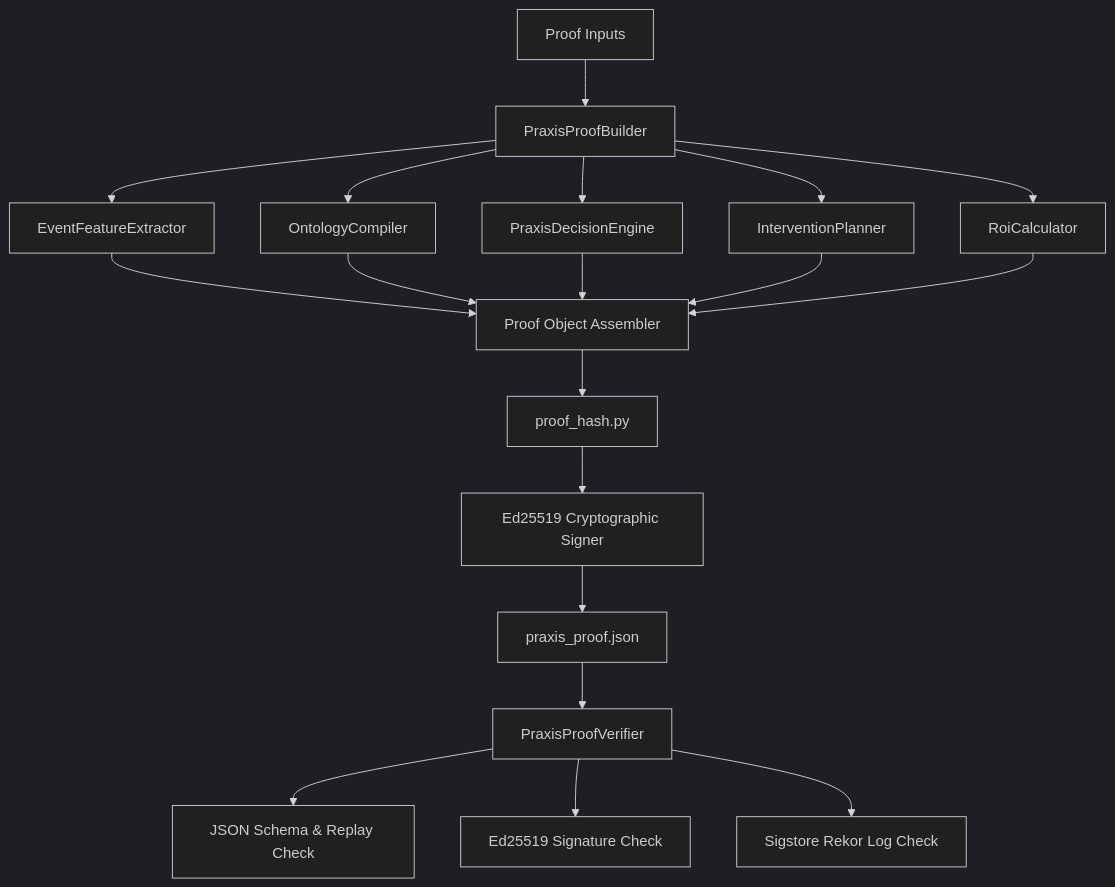
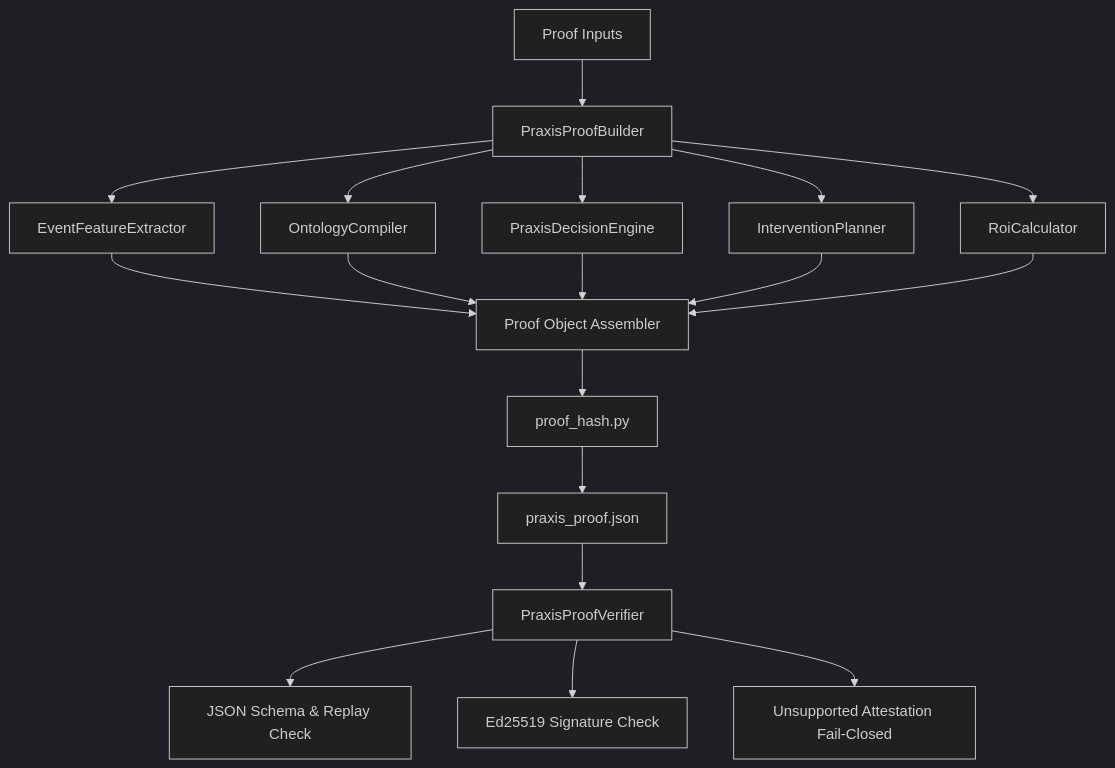
One commit to AngelP17/Praxis changed the fourth of 4 diagrams in docs/thesis/defense.md. Above: the diagram before and after it, drawn with Mermaid (dark theme). The commit also changed other lines of this file and 85 other files, not shown here.

````diff
--- a/docs/thesis/defense.md
+++ b/docs/thesis/defense.md
@@ -99,24 +99,23 @@
 ```mermaid
 graph TD
     Input[Proof Inputs] --> Builder[PraxisProofBuilder]
     Builder --> Extractor[EventFeatureExtractor]
     Builder --> Compiler[OntologyCompiler]
     Builder --> Engine[PraxisDecisionEngine]
     Builder --> Planner[InterventionPlanner]
     Builder --> ROI[RoiCalculator]
     
     Extractor --> Assembler[Proof Object Assembler]
     Compiler --> Assembler
     Engine --> Assembler
     Planner --> Assembler
     ROI --> Assembler
     
     Assembler --> Hasher[proof_hash.py]
-    Hasher --> Signer[Ed25519 Cryptographic Signer]
-    Signer --> ProofJSON[praxis_proof.json]
+    Hasher --> ProofJSON[praxis_proof.json]
     
     ProofJSON --> Verifier[PraxisProofVerifier]
     Verifier --> L0[JSON Schema & Replay Check]
     Verifier --> L1[Ed25519 Signature Check]
-    Verifier --> L2[Sigstore Rekor Log Check]
+    Verifier --> L2[Unsupported Attestation Fail-Closed]
 ```
````
